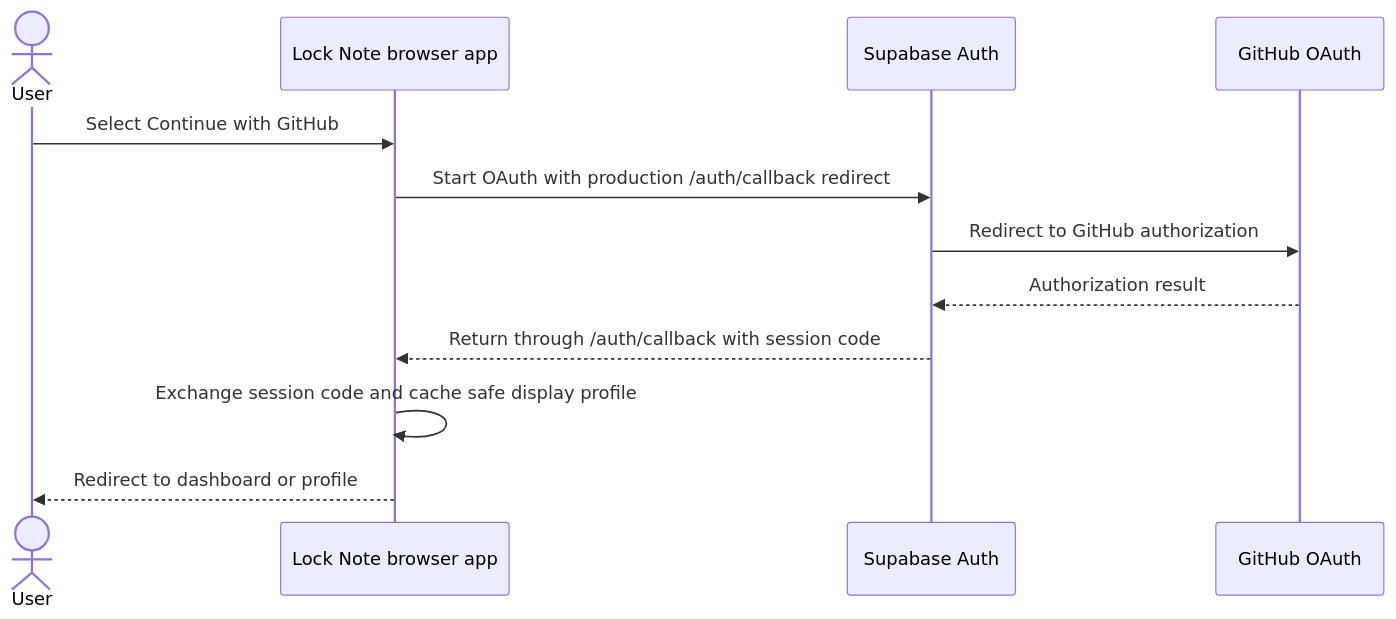
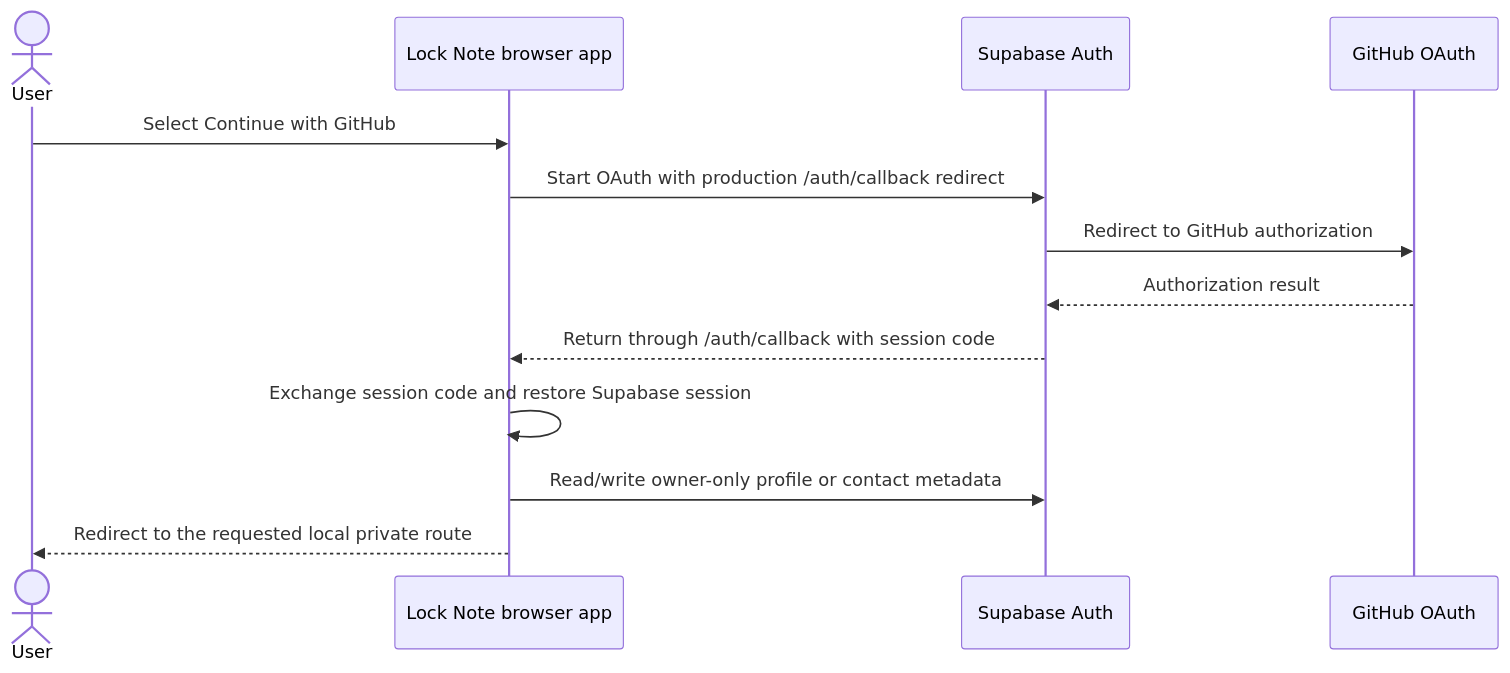
The diagram in docs/FEATURES.md (Simondavid07/Lock_NOTE), drawn with Mermaid before and after one commit. The commit also changed other lines of this file and 36 other files, not shown here.

````diff
--- a/docs/FEATURES.md
+++ b/docs/FEATURES.md
@@ -82,15 +83,16 @@
 ```mermaid
 sequenceDiagram
     actor User
     participant App as Lock Note browser app
     participant SB as Supabase Auth
     participant GH as GitHub OAuth
 
     User->>App: Select Continue with GitHub
     App->>SB: Start OAuth with production /auth/callback redirect
     SB->>GH: Redirect to GitHub authorization
     GH-->>SB: Authorization result
     SB-->>App: Return through /auth/callback with session code
-    App->>App: Exchange session code and cache safe display profile
-    App-->>User: Redirect to dashboard or profile
+    App->>App: Exchange session code and restore Supabase session
+    App->>SB: Read/write owner-only profile or contact metadata
+    App-->>User: Redirect to the requested local private route
 ```
````
